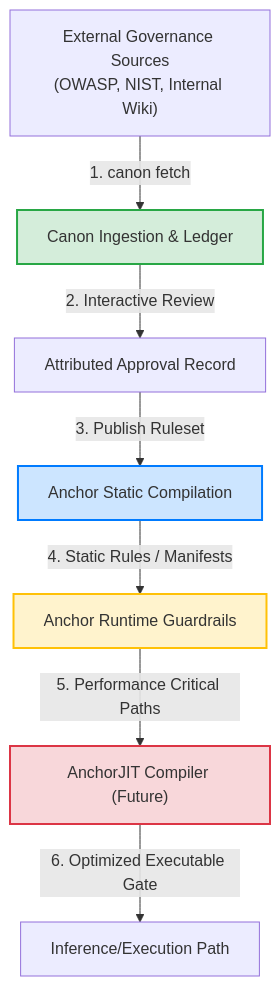
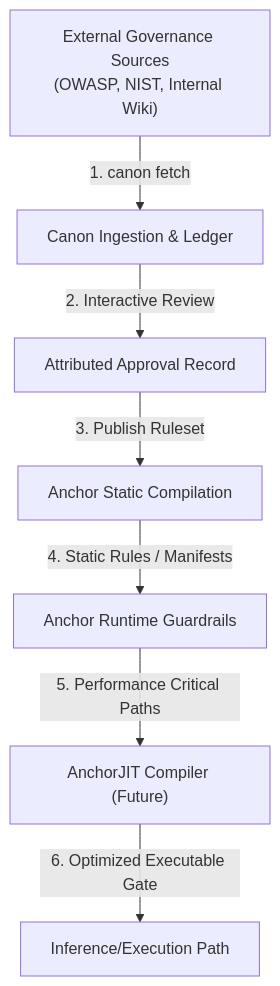
One commit to AnimusLab/Canon changed the diagram in ARCHITECTURE.md. Above: the diagram before and after it, drawn with Mermaid.

Commit message:
style: remove custom mermaid styles to fix theme contrast

````diff
--- a/ARCHITECTURE.md
+++ b/ARCHITECTURE.md
@@ -11,14 +11,9 @@
 ```mermaid
 graph TD
     A["External Governance Sources<br>(OWASP, NIST, Internal Wiki)"] -->|1. canon fetch| B["Canon Ingestion & Ledger"]
     B -->|2. Interactive Review| C["Attributed Approval Record"]
     C -->|3. Publish Ruleset| D["Anchor Static Compilation"]
     D -->|4. Static Rules / Manifests| E["Anchor Runtime Guardrails"]
     E -->|5. Performance Critical Paths| F["AnchorJIT Compiler (Future)"]
     F -->|6. Optimized Executable Gate| G["Inference/Execution Path"]
-    
-    style B fill:#d4edda,stroke:#28a745,stroke-width:2px
-    style D fill:#cce5ff,stroke:#007bff,stroke-width:2px
-    style E fill:#fff3cd,stroke:#ffc107,stroke-width:2px
-    style F fill:#f8d7da,stroke:#dc3545,stroke-width:2px
 ```
````
